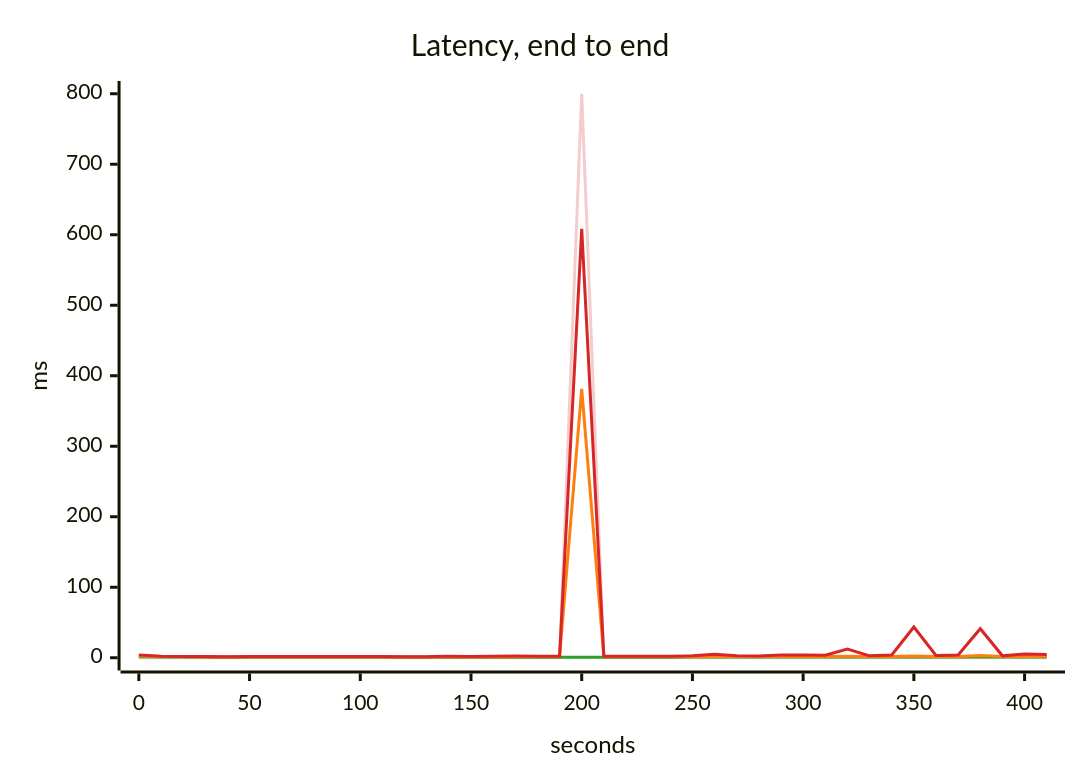
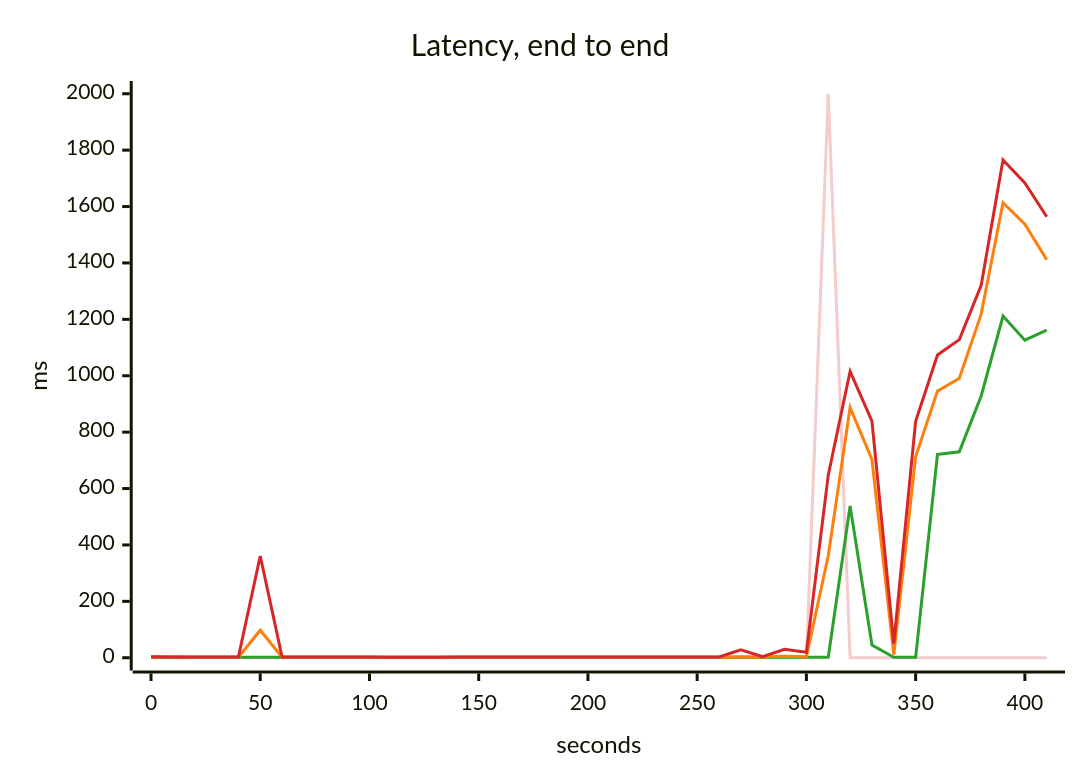
Before and after one commit to akinfemi/load-lore: the third of 5 diagrams in scenarios/when-to-scale-your-database/solutions/one-query-per-page/report.md, drawn with Mermaid. The commit also changed other lines of this file and 71 other files, not shown here.

````diff
--- a/scenarios/when-to-scale-your-database/solutions/one-query-per-page/report.md
+++ b/scenarios/when-to-scale-your-database/solutions/one-query-per-page/report.md
@@ -58,17 +59,17 @@
 ```mermaid
 ---
 config:
   themeVariables:
     xyChart:
       backgroundColor: "transparent"
       plotColorPalette: "#f4cccc, #2ca02c, #ff7f0e, #d62728"
 ---
 xychart-beta
     title "Latency, end to end"
     x-axis "seconds" 0 --> 410
-    y-axis "ms" 0 --> 800
-    line [0, 0, 0, 0, 0, 0, 0, 0, 0, 0, 0, 0, 0, 0, 0, 0, 0, 0, 0, 0, 800, 0, 0, 0, 0, 0, 0, 0, 0, 0, 0, 0, 0, 0, 0, 0, 0, 0, 0, 0, 0, 0]
-    line [1.327, 1.038, 0.894, 0.816, 0.807, 0.805, 0.805, 0.803, 0.801, 0.794, 0.79, 0.791, 0.797, 0.798, 0.803, 0.801, 0.804, 0.812, 0.816, 0.816, 0.864, 0.833, 0.85, 0.859, 0.867, 0.909, 0.903, 0.91, 0.925, 0.955, 0.961, 0.958, 0.972, 0.964, 0.964, 0.975, 0.963, 0.96, 0.974, 0.968, 0.959, 0.968]
-    line [2.399, 1.64, 1.345, 1.215, 1.169, 1.189, 1.175, 1.161, 1.155, 1.135, 1.134, 1.128, 1.133, 1.132, 1.193, 1.158, 1.184, 1.249, 1.263, 1.262, 381.338, 1.329, 1.379, 1.399, 1.402, 1.591, 1.812, 1.63, 1.623, 1.819, 1.886, 1.786, 1.984, 1.767, 1.847, 2.617, 1.836, 1.849, 3.194, 1.82, 1.932, 1.99]
-    line [4.076, 2.19, 1.777, 1.741, 1.59, 1.649, 1.845, 1.777, 1.776, 1.695, 1.641, 1.678, 1.586, 1.584, 2.006, 1.889, 1.96, 2.346, 2.123, 2.192, 608.308, 2.187, 2.202, 2.246, 2.002, 2.682, 5.034, 2.917, 2.338, 3.811, 3.809, 3.562, 12.186, 2.745, 3.974, 43.672, 3.164, 3.851, 41.223, 2.741, 5.346, 4.585]
+    y-axis "ms" 0 --> 2000
+    line [0, 0, 0, 0, 0, 0, 0, 0, 0, 0, 0, 0, 0, 0, 0, 0, 0, 0, 0, 0, 0, 0, 0, 0, 0, 0, 0, 0, 0, 0, 0, 2000, 0, 0, 0, 0, 0, 0, 0, 0, 0, 0]
+    line [1.973, 1.641, 1.592, 1.572, 1.55, 1.535, 1.411, 1.414, 1.413, 1.407, 1.403, 1.397, 1.391, 1.386, 1.384, 1.384, 1.379, 1.381, 1.381, 1.381, 1.388, 1.385, 1.393, 1.403, 1.417, 1.445, 1.474, 1.497, 1.521, 1.569, 1.583, 1.747, 538.594, 45.46, 1.591, 1.614, 721.31, 730.472, 928.208, 1211.519, 1125.975, 1161.405]
+    line [2.724, 2.298, 2.119, 2.071, 2.054, 97.639, 1.887, 1.922, 1.912, 1.891, 1.871, 1.851, 1.854, 1.856, 1.87, 1.882, 1.893, 1.918, 1.891, 1.901, 1.922, 1.926, 1.946, 1.973, 2.005, 2.052, 2.132, 3.16, 2.294, 5.728, 3.34, 361.792, 887.122, 702.871, 11.621, 712.894, 945.738, 991.22, 1218.431, 1613.634, 1537.769, 1411.072]
+    line [3.777, 2.716, 2.478, 2.441, 2.425, 360.771, 2.23, 2.443, 2.582, 2.289, 2.237, 2.207, 2.172, 2.194, 2.291, 2.424, 2.473, 2.746, 2.633, 2.477, 2.594, 2.769, 2.677, 2.795, 2.748, 2.821, 2.954, 28.235, 3.945, 29.951, 19.52, 647.599, 1015.781, 838.873, 49.813, 838.755, 1073.479, 1128.174, 1320.863, 1765.541, 1683.369, 1563.958]
 ```
````
